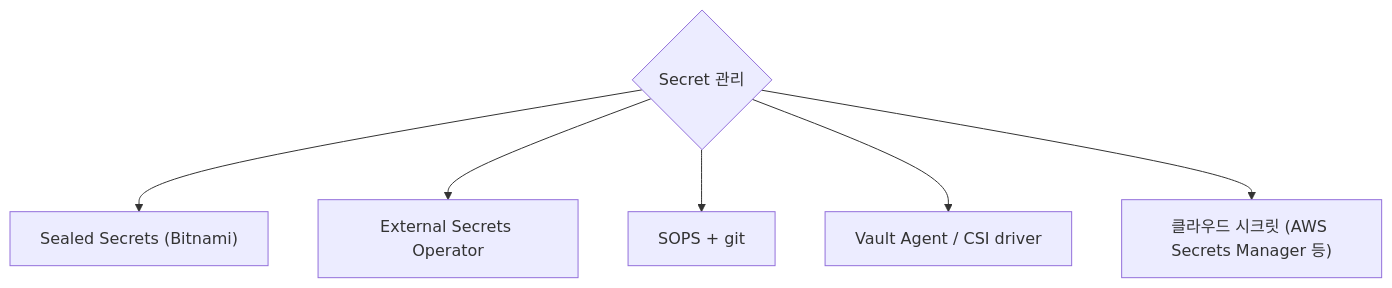
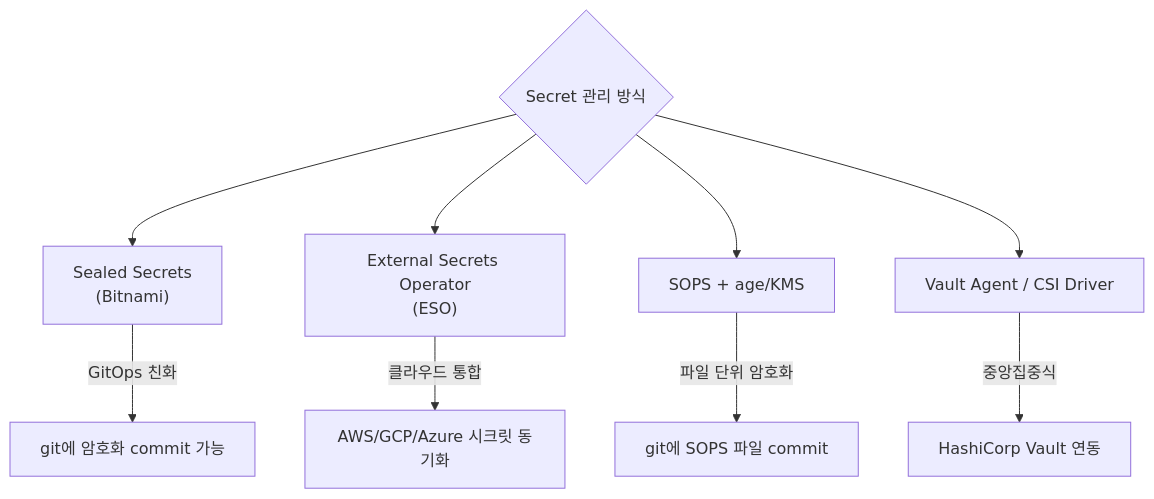
One commit to shinkeonkim/shinkeonkim.github.io changed the second of 2 diagrams in src/content/wiki/kubernetes/k8s-configmap-secret.mdx. Above: the diagram before and after it, drawn with Mermaid. The commit also changed other lines of this file and 526 other files, not shown here.

First line of the commit message:
content(wiki): 전수조사 및 대규모 보강 (짧은 파일 0, mermaid +645)

````diff
--- a/src/content/wiki/kubernetes/k8s-configmap-secret.mdx
+++ b/src/content/wiki/kubernetes/k8s-configmap-secret.mdx
@@ -100,9 +266,12 @@
 ```mermaid
 flowchart TD
-    Q{Secret 관리}
-    Q --> S1["Sealed Secrets (Bitnami)"]
-    Q --> S2[External Secrets Operator]
-    Q --> S3[SOPS + git]
-    Q --> S4[Vault Agent / CSI driver]
-    Q --> S5["클라우드 시크릿 (AWS Secrets Manager 등)"]
+    Q{"Secret 관리 방식"}
+    Q --> S1["Sealed Secrets\n(Bitnami)"]
+    Q --> S2["External Secrets Operator\n(ESO)"]
+    Q --> S3["SOPS + age/KMS"]
+    Q --> S4["Vault Agent / CSI Driver"]
+    S1 -->|"GitOps 친화"| GitOps["git에 암호화 commit 가능"]
+    S2 -->|"클라우드 통합"| Cloud["AWS/GCP/Azure 시크릿 동기화"]
+    S3 -->|"파일 단위 암호화"| Git2["git에 SOPS 파일 commit"]
+    S4 -->|"중앙집중식"| Vault["HashiCorp Vault 연동"]
 ```
````
